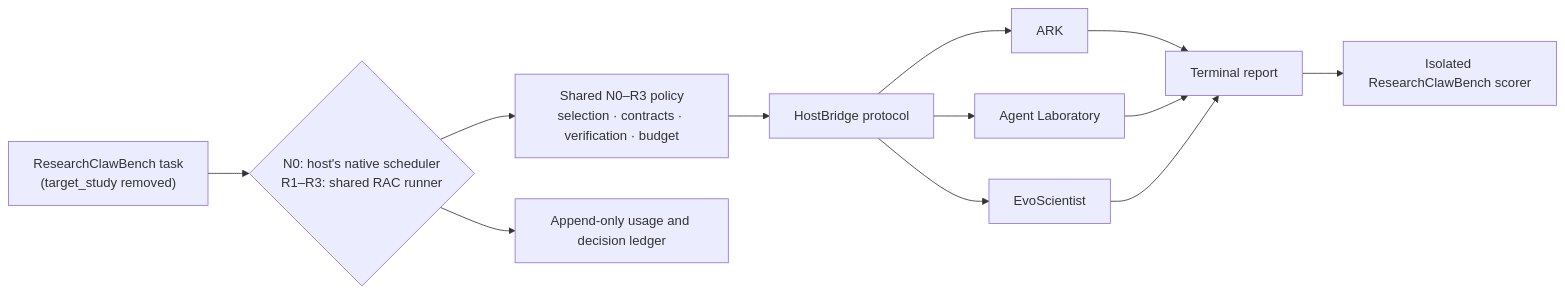
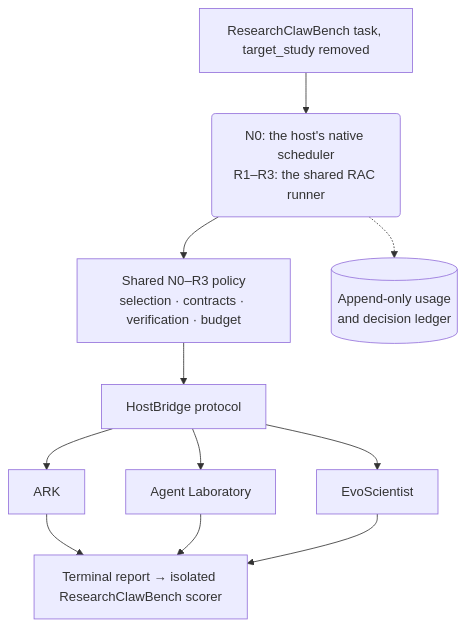
The diagram in README.md (Aicoo-Team/RAC-AI_Scientist), drawn with Mermaid before and after one commit.

Commit message:
docs: lay out the architecture diagram top to bottom

````diff
--- a/README.md
+++ b/README.md
@@ -91,11 +91,9 @@
 ```mermaid
-flowchart LR
-  T["ResearchClawBench task<br/>(target_study removed)"] --> S{"N0: host's native scheduler<br/>R1–R3: shared RAC runner"}
+flowchart TB
+  T["ResearchClawBench task, target_study removed"] --> S("N0: the host's native scheduler<br/>R1–R3: the shared RAC runner")
   S --> P["Shared N0–R3 policy<br/>selection · contracts · verification · budget"]
+  S -.-> L[("Append-only usage<br/>and decision ledger")]
   P --> B["HostBridge protocol"]
-  B --> H1["ARK"]
-  B --> H2["Agent Laboratory"]
-  B --> H3["EvoScientist"]
-  S --> L["Append-only usage and decision ledger"]
-  H1 & H2 & H3 --> R["Terminal report"] --> J["Isolated ResearchClawBench scorer"]
+  B --> H1["ARK"] & H2["Agent Laboratory"] & H3["EvoScientist"]
+  H1 & H2 & H3 --> R["Terminal report → isolated ResearchClawBench scorer"]
 ```
````
